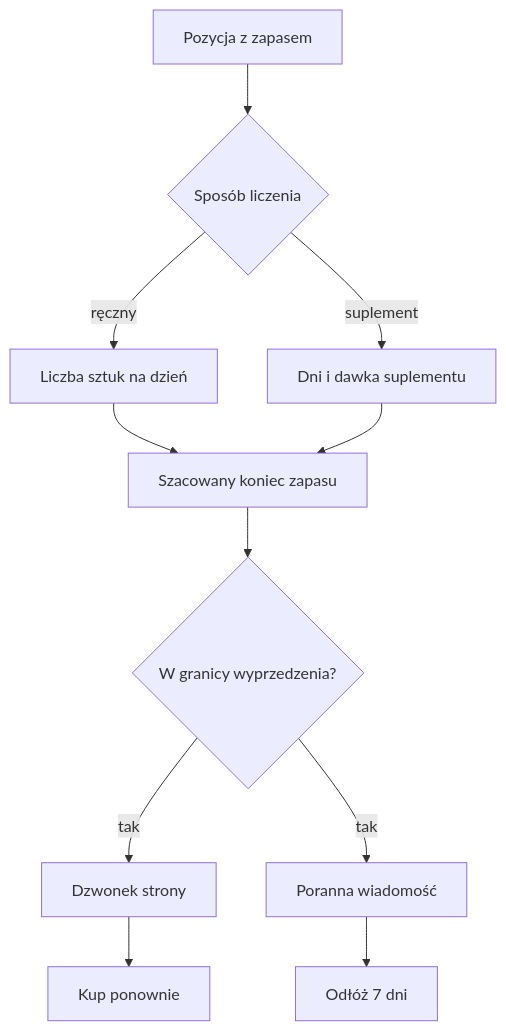
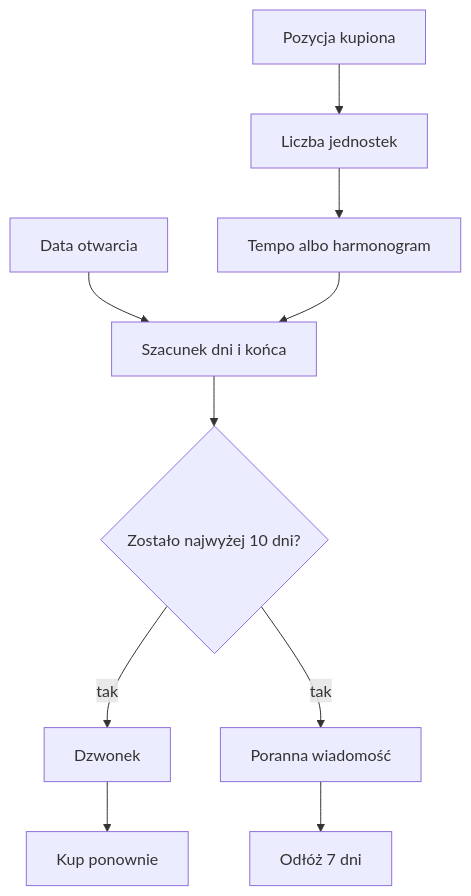
Before and after one commit to QbotMS/QbotQ: the diagram in docs/wiki/garaz/przypomnienia-zakupowe.md, drawn with Mermaid. The commit also changed other lines of this file and 153 other files, not shown here.

````diff
--- a/docs/wiki/garaz/przypomnienia-zakupowe.md
+++ b/docs/wiki/garaz/przypomnienia-zakupowe.md
@@ -42,13 +42,12 @@
 ```mermaid
 flowchart TD
-  Pozycja[Pozycja z zapasem] --> Metoda{Sposób liczenia}
-  Metoda -->|ręczny| Tempo[Liczba sztuk na dzień]
-  Metoda -->|suplement| Harmonogram[Dni i dawka suplementu]
-  Tempo --> Koniec[Szacowany koniec zapasu]
-  Harmonogram --> Koniec
-  Koniec --> Prog{W granicy wyprzedzenia?}
-  Prog -->|tak| Dzwonek[Dzwonek strony]
+  Zakup[Pozycja kupiona] --> Opakowanie[Liczba jednostek]
+  Opakowanie --> Zuzycie[Tempo albo harmonogram]
+  Data[Data otwarcia] --> Prognoza[Szacunek dni i końca]
+  Zuzycie --> Prognoza
+  Prognoza --> Prog{Zostało najwyżej 10 dni?}
+  Prog -->|tak| Dzwonek[Dzwonek]
   Prog -->|tak| Telegram[Poranna wiadomość]
-  Dzwonek --> Ponownie[Kup ponownie]
-  Telegram --> Odloz[Odłóż 7 dni]
+  Dzwonek --> Rebuy[Kup ponownie]
+  Telegram --> Snooze[Odłóż 7 dni]
 ```
````
